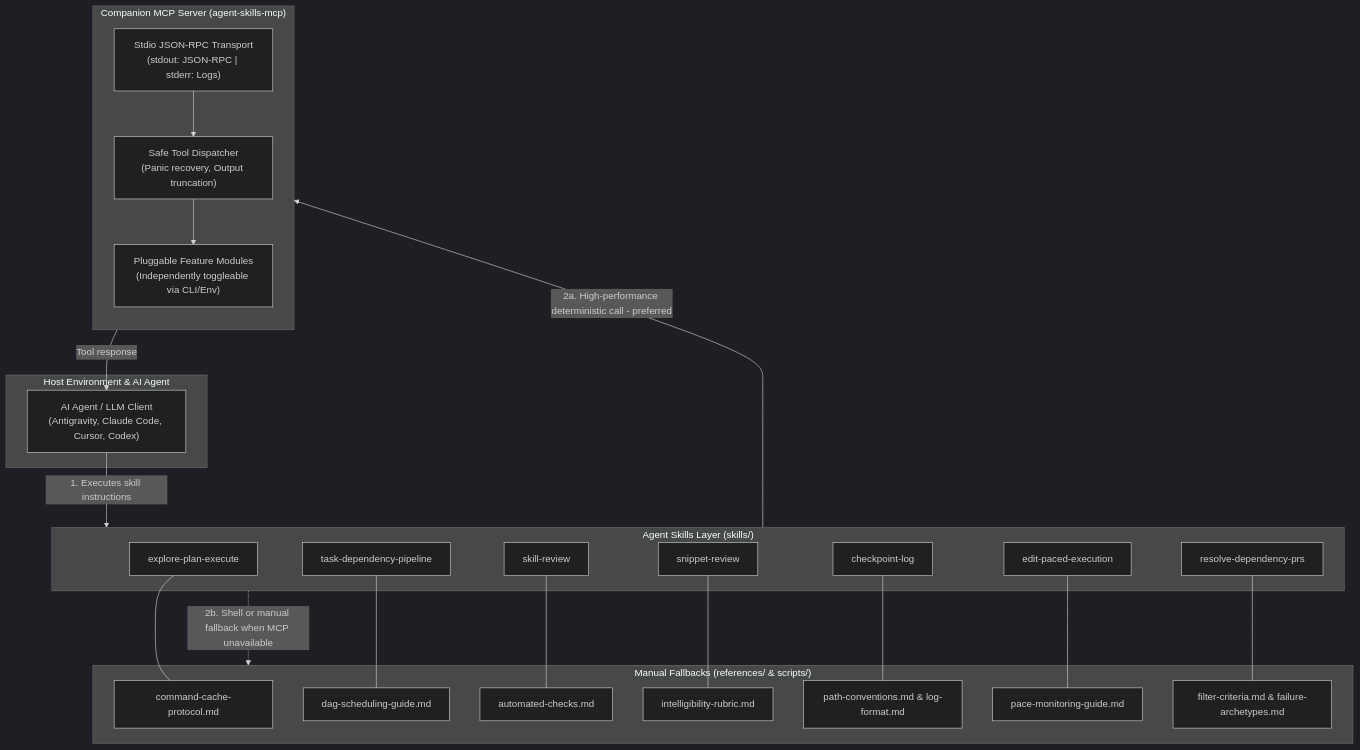
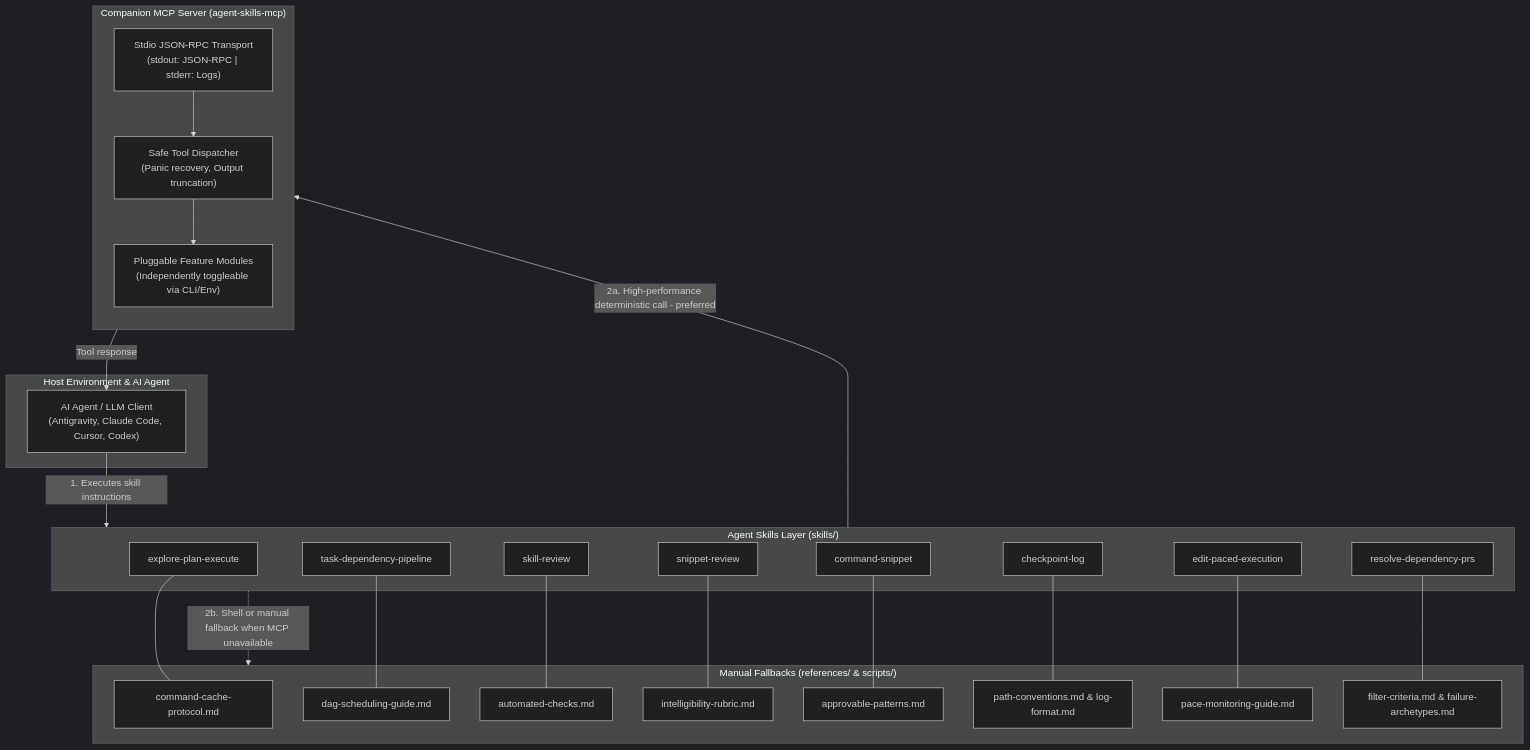
The first of 4 diagrams in mcp/references/architecture.md (berquerant/agent-skills), drawn with Mermaid (dark theme) before and after one commit. The commit also changed other lines of this file and 44 other files, not shown here.

First line of the commit message:
feat(mcp): add snippet-manager feature for command-snippet lifecycle management (#33)

````diff
--- a/mcp/references/architecture.md
+++ b/mcp/references/architecture.md
@@ -11,49 +11,52 @@
 ```mermaid
 flowchart TD
     subgraph Host ["Host Environment & AI Agent"]
         Agent["AI Agent / LLM Client<br/>(Antigravity, Claude Code, Cursor, Codex)"]
     end
 
     subgraph Skills ["Agent Skills Layer (skills/)"]
         SK_EPE["explore-plan-execute"]
         SK_TDP["task-dependency-pipeline"]
         SK_SR["skill-review"]
         SK_SNR["snippet-review"]
+        SK_CS["command-snippet"]
         SK_CPL["checkpoint-log"]
         SK_PACE["edit-paced-execution"]
         SK_RDP["resolve-dependency-prs"]
     end
 
     subgraph MCPServer ["Companion MCP Server (agent-skills-mcp)"]
         direction TB
         Stdio["Stdio JSON-RPC Transport<br/>(stdout: JSON-RPC | stderr: Logs)"]
         Dispatcher["Safe Tool Dispatcher<br/>(Panic recovery, Output truncation)"]
         Features["Pluggable Feature Modules<br/>(Independently toggleable via CLI/Env)"]
         Stdio --> Dispatcher --> Features
     end
 
     subgraph Fallbacks ["Manual Fallbacks (references/ & scripts/)"]
         FB_CACHE["command-cache-protocol.md"]
         FB_DAG["dag-scheduling-guide.md"]
         FB_LINT["automated-checks.md"]
         FB_SNIPPET["intelligibility-rubric.md"]
+        FB_CS["approvable-patterns.md"]
         FB_CP["path-conventions.md & log-format.md"]
         FB_PACE["pace-monitoring-guide.md"]
         FB_TRIAGE["filter-criteria.md & failure-archetypes.md"]
     end
 
     %% Interactions
     Agent -->|"1. Executes skill instructions"| Skills
     Skills -->|"2a. High-performance deterministic call - preferred"| MCPServer
     Skills -.->|"2b. Shell or manual fallback when MCP unavailable"| Fallbacks
     MCPServer -->|"Tool response"| Agent
 
     %% Mappings
     SK_EPE --- FB_CACHE
     SK_TDP --- FB_DAG
     SK_SR --- FB_LINT
     SK_SNR --- FB_SNIPPET
+    SK_CS --- FB_CS
     SK_CPL --- FB_CP
     SK_PACE --- FB_PACE
     SK_RDP --- FB_TRIAGE
 ```
````
